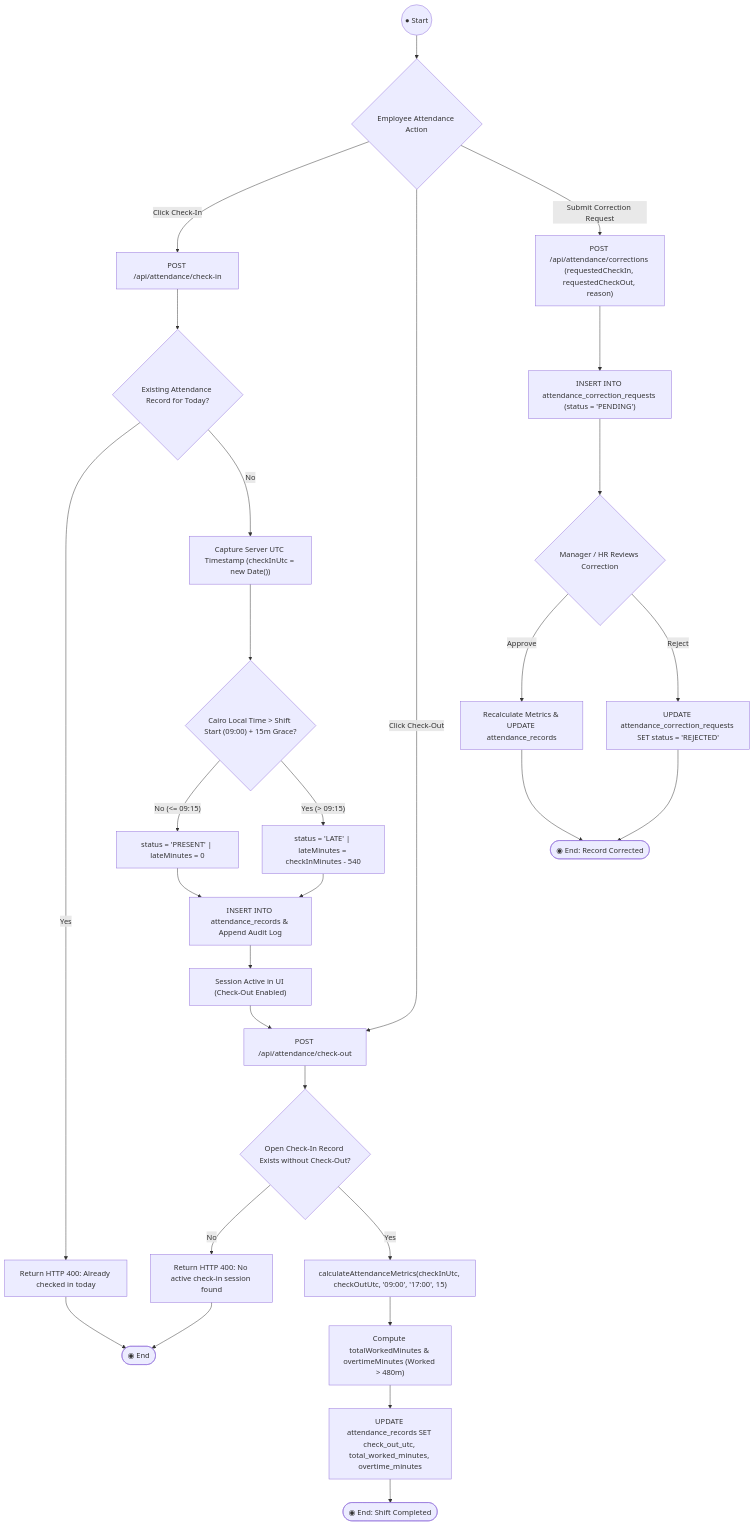
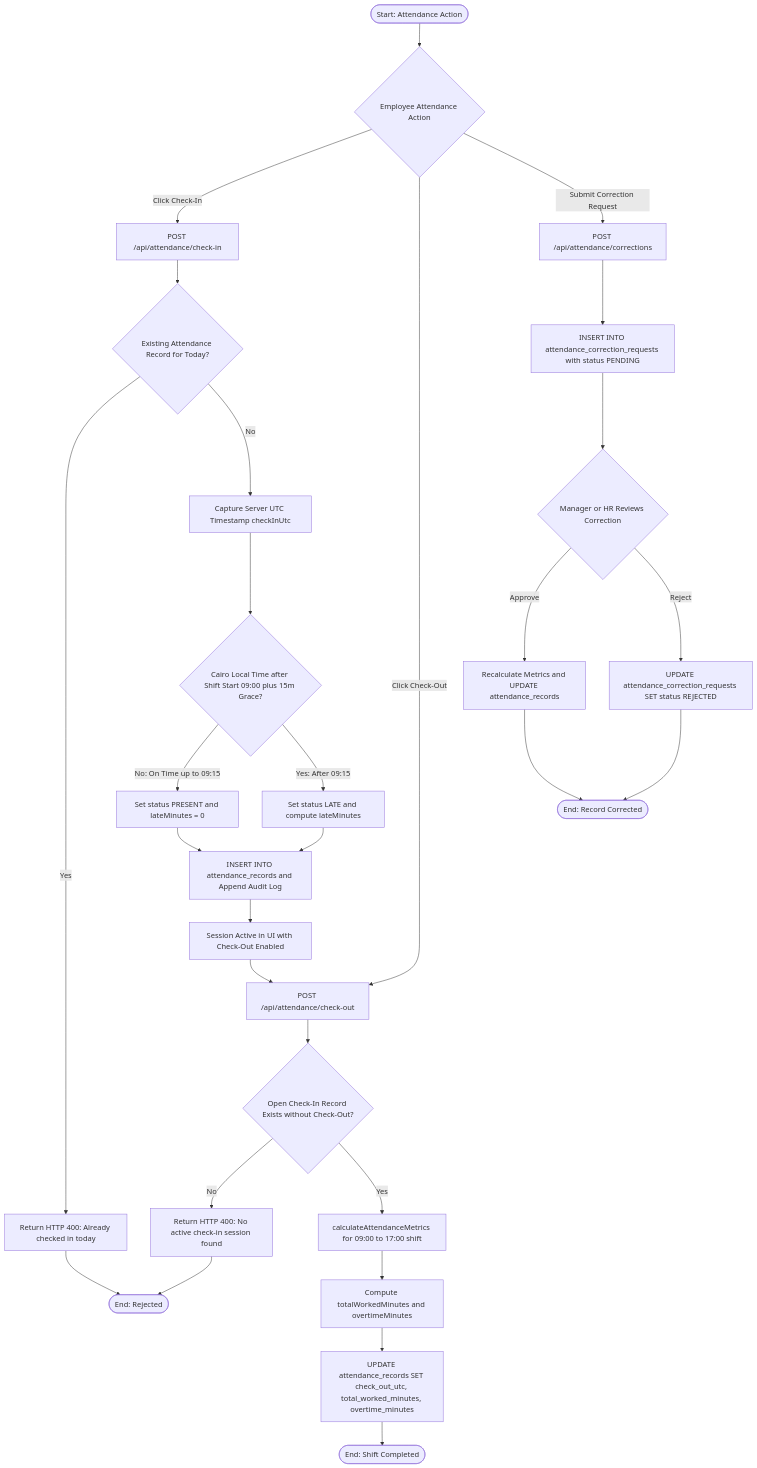
The third of 15 diagrams in README.md (IbrahimAbdelsattar/employee-management-system), drawn with Mermaid before and after one commit. The commit also changed other lines of this file, not shown here.

First line of the commit message:
docs: update leave request flow diagram in README

````diff
--- a/README.md
+++ b/README.md
@@ -216,31 +216,31 @@
 ```mermaid
 flowchart TD
-    Start((● Start)) --> ActionChoice{"Employee Attendance Action"}
+    StartNode(["Start: Attendance Action"]) --> ActionChoice{"Employee Attendance Action"}
     ActionChoice -- "Click Check-In" --> PostCheckIn["POST /api/attendance/check-in"]
     PostCheckIn --> CheckDup{"Existing Attendance Record for Today?"}
     CheckDup -- "Yes" --> RejectDup["Return HTTP 400: Already checked in today"]
-    RejectDup --> EndDup([◉ End])
-    CheckDup -- "No" --> CaptureIn["Capture Server UTC Timestamp (checkInUtc = new Date())"]
-    CaptureIn --> EvalGrace{"Cairo Local Time > Shift Start (09:00) + 15m Grace?"}
-    EvalGrace -- "No (<= 09:15)" --> SetPresent["status = 'PRESENT' | lateMinutes = 0"]
-    EvalGrace -- "Yes (> 09:15)" --> SetLate["status = 'LATE' | lateMinutes = checkInMinutes - 540"]
-    SetPresent --> SaveIn["INSERT INTO attendance_records & Append Audit Log"]
+    RejectDup --> EndDup(["End: Rejected"])
+    CheckDup -- "No" --> CaptureIn["Capture Server UTC Timestamp checkInUtc"]
+    CaptureIn --> EvalGrace{"Cairo Local Time after Shift Start 09:00 plus 15m Grace?"}
+    EvalGrace -- "No: On Time up to 09:15" --> SetPresent["Set status PRESENT and lateMinutes = 0"]
+    EvalGrace -- "Yes: After 09:15" --> SetLate["Set status LATE and compute lateMinutes"]
+    SetPresent --> SaveIn["INSERT INTO attendance_records and Append Audit Log"]
     SetLate --> SaveIn
-    SaveIn --> WaitOut["Session Active in UI (Check-Out Enabled)"]
+    SaveIn --> WaitOut["Session Active in UI with Check-Out Enabled"]
     ActionChoice -- "Click Check-Out" --> PostCheckOut["POST /api/attendance/check-out"]
     WaitOut --> PostCheckOut
     PostCheckOut --> CheckOpen{"Open Check-In Record Exists without Check-Out?"}
     CheckOpen -- "No" --> RejectOut["Return HTTP 400: No active check-in session found"]
     RejectOut --> EndDup
-    CheckOpen -- "Yes" --> CalcMetrics["calculateAttendanceMetrics(checkInUtc, checkOutUtc, '09:00', '17:00', 15)"]
-    CalcMetrics --> ComputeHours["Compute totalWorkedMinutes & overtimeMinutes (Worked > 480m)"]
+    CheckOpen -- "Yes" --> CalcMetrics["calculateAttendanceMetrics for 09:00 to 17:00 shift"]
+    CalcMetrics --> ComputeHours["Compute totalWorkedMinutes and overtimeMinutes"]
     ComputeHours --> UpdateOut["UPDATE attendance_records SET check_out_utc, total_worked_minutes, overtime_minutes"]
-    UpdateOut --> EndOut([◉ End: Shift Completed])
-    ActionChoice -- "Submit Correction Request" --> PostCorr["POST /api/attendance/corrections (requestedCheckIn, requestedCheckOut, reason)"]
-    PostCorr --> SaveCorr["INSERT INTO attendance_correction_requests (status = 'PENDING')"]
-    SaveCorr --> MgrDecision{"Manager / HR Reviews Correction"}
-    MgrDecision -- "Approve" --> ApplyCorr["Recalculate Metrics & UPDATE attendance_records"]
-    ApplyCorr --> EndCorr([◉ End: Record Corrected])
-    MgrDecision -- "Reject" --> MarkRej["UPDATE attendance_correction_requests SET status = 'REJECTED'"]
+    UpdateOut --> EndOut(["End: Shift Completed"])
+    ActionChoice -- "Submit Correction Request" --> PostCorr["POST /api/attendance/corrections"]
+    PostCorr --> SaveCorr["INSERT INTO attendance_correction_requests with status PENDING"]
+    SaveCorr --> MgrDecision{"Manager or HR Reviews Correction"}
+    MgrDecision -- "Approve" --> ApplyCorr["Recalculate Metrics and UPDATE attendance_records"]
+    ApplyCorr --> EndCorr(["End: Record Corrected"])
+    MgrDecision -- "Reject" --> MarkRej["UPDATE attendance_correction_requests SET status REJECTED"]
     MarkRej --> EndCorr
 ```
````
